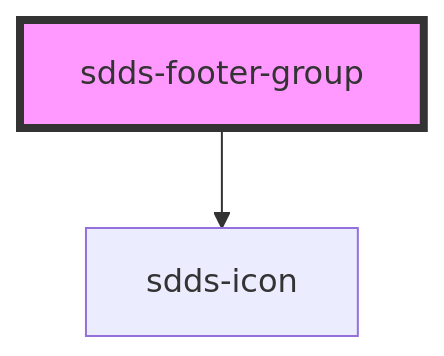
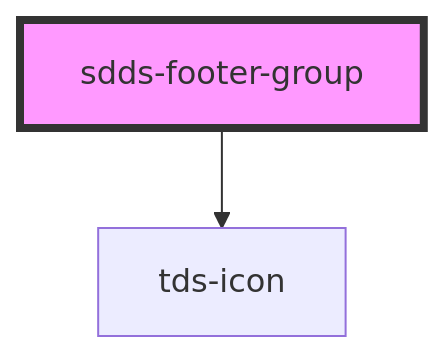
Before and after one commit to scania-digital-design-system/tegel: the diagram in core/src/components/footer/webcomponent/sdds-footer-group/readme.md, drawn with Mermaid. The commit also changed other lines of this file and 71 other files, not shown here.

````diff
--- a/core/src/components/footer/webcomponent/sdds-footer-group/readme.md
+++ b/core/src/components/footer/webcomponent/sdds-footer-group/readme.md
@@ -22,5 +22,5 @@
 ```mermaid
 graph TD;
-  sdds-footer-group --> sdds-icon
+  sdds-footer-group --> tds-icon
   style sdds-footer-group fill:#f9f,stroke:#333,stroke-width:4px
 ```
````
